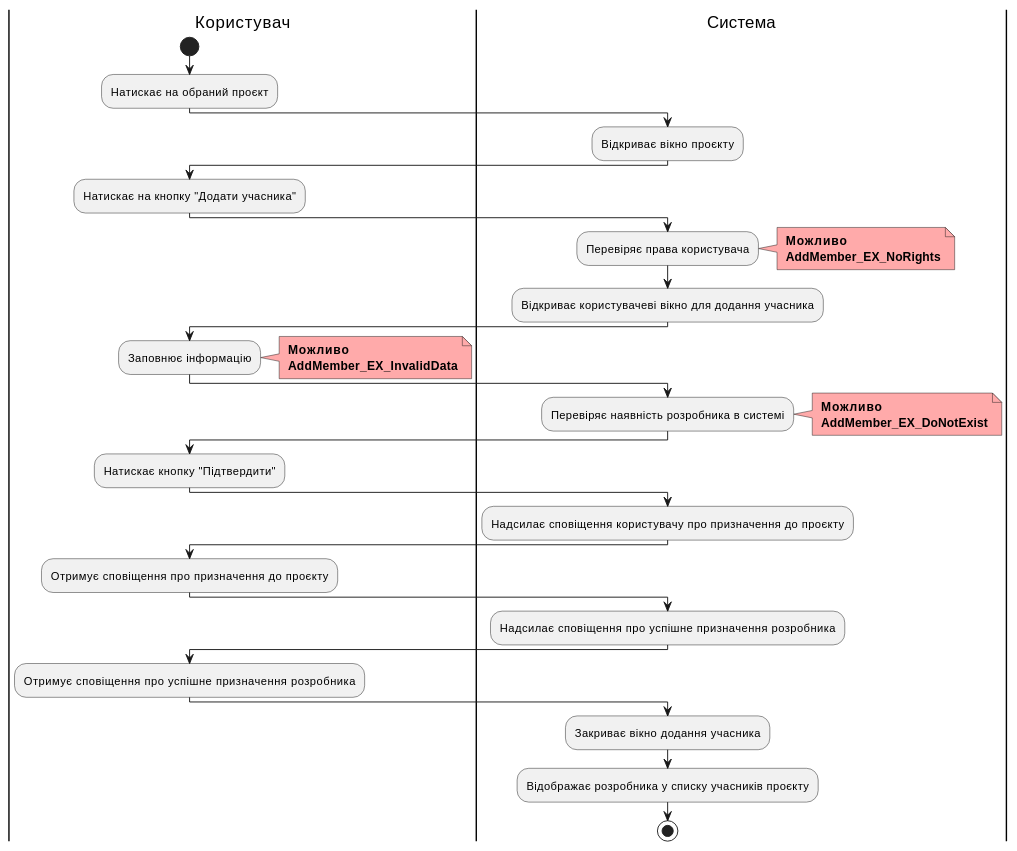
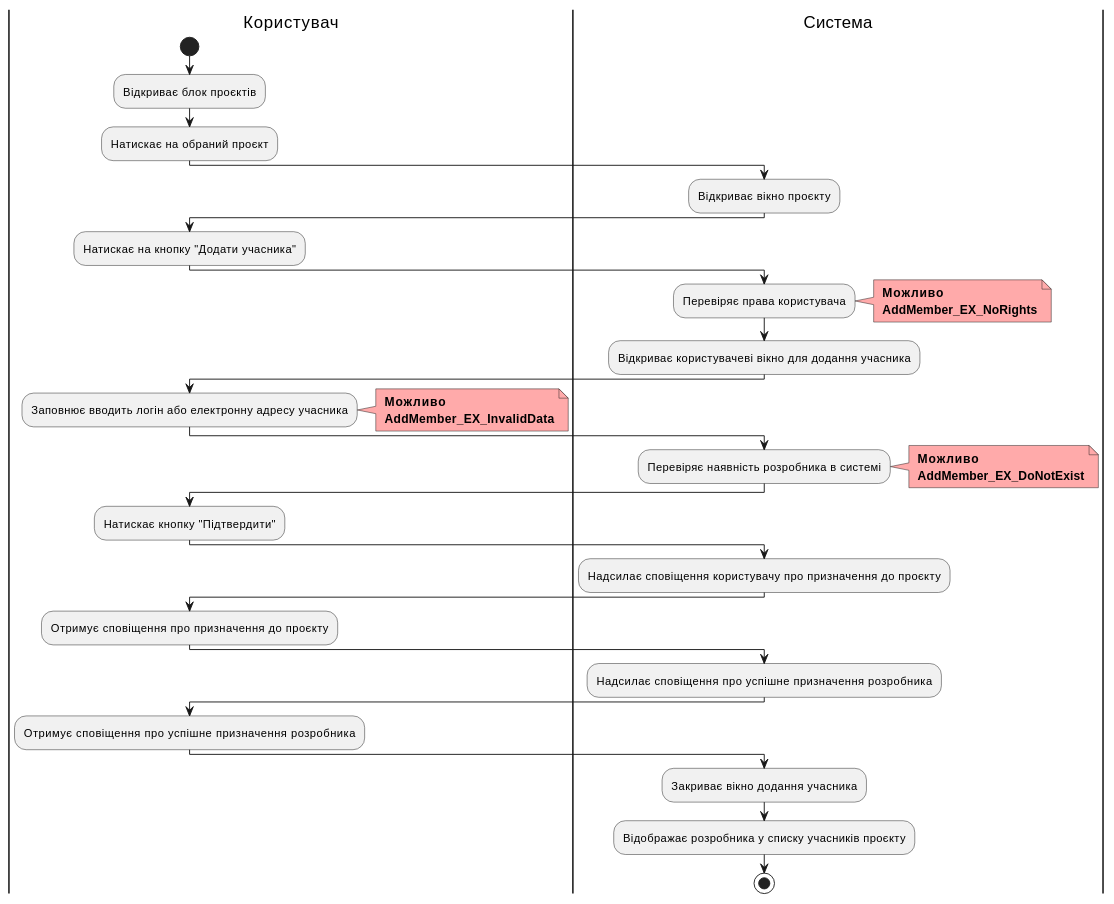
Diagram 17 of 19 in docs/use cases/README.md (boldak/edu-db-cw), drawn with PlantUML before and after one commit. The commit also changed other lines of this file and 1 other file, not shown here.

```diff
--- a/docs/use cases/README.md
+++ b/docs/use cases/README.md
@@ -1150,56 +1175,57 @@
 @startuml
 
     |Користувач|
         start;
+        :Відкриває блок проєктів;
         :Натискає на обраний проєкт;
 
     |Система|
         :Відкриває вікно проєкту;
 
     |Користувач|
         :Натискає на кнопку "Додати учасника";
         
     |Система|
         :Перевіряє права користувача;
         note right #ffaaaa
         <b> Можливо
         <b> AddMember_EX_NoRights
         end note
 
         :Відкриває користувачеві вікно для додання учасника;
 
     |Користувач|
-        :Заповнює інформацію;
+        :Заповнює вводить логін або електронну адресу учасника;
         note right #ffaaaa
         <b> Можливо
         <b> AddMember_EX_InvalidData
         end note
 
     |Система|
         :Перевіряє наявність розробника в системі;
         note right #ffaaaa
         <b> Можливо
         <b> AddMember_EX_DoNotExist
         end note
 
     |Користувач|
         :Натискає кнопку "Підтвердити";
 
     |Система|
         :Надсилає сповіщення користувачу про призначення до проєкту;
 
     |Користувач|
         :Отримує сповіщення про призначення до проєкту;
 
     |Система|
         :Надсилає сповіщення про успішне призначення розробника;
 
     |Користувач|
         :Отримує сповіщення про успішне призначення розробника;
 
     |Система|
         :Закриває вікно додання учасника;
         :Відображає розробника у списку учасників проєкту;
         stop;
 
 @enduml
```
